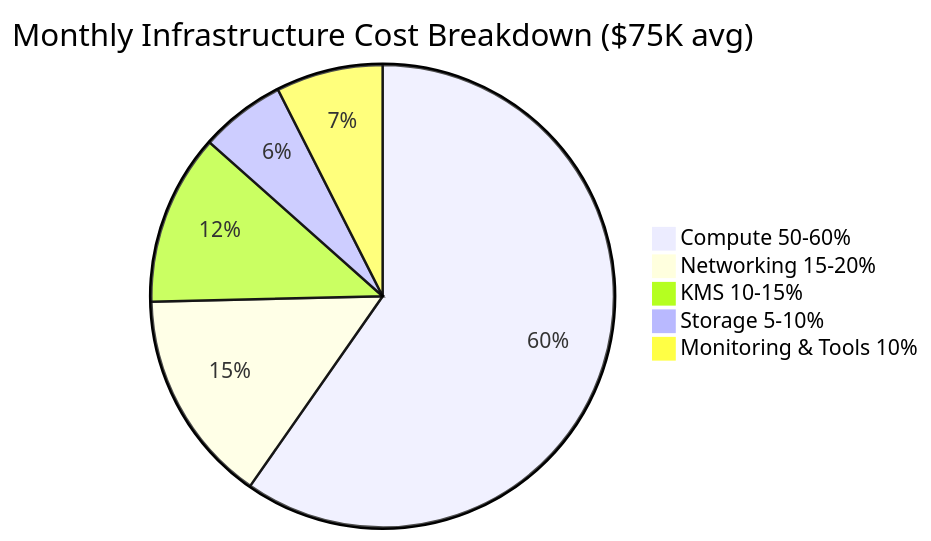
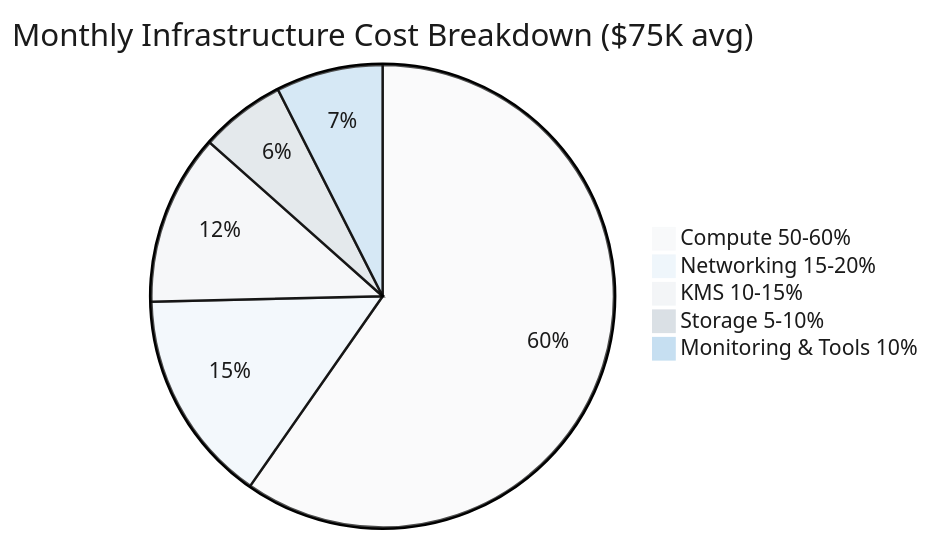
One commit to ljg-cqu/knowledge changed diagram 15 of 23 in Workplace/Interview/Blockchain/Posts/MPCWalletEngineer/Architecture/DeepSeekR1_Revised.md. Above: the diagram before and after it, drawn with Mermaid. The commit also changed other lines of this file and 13 other files, not shown here.

Commit message:
Enhance visual consistency and readability of diagrams in ZencoderAuto+_Revised.md by updating theme variables and styles across all mermaid charts. Adjust colors for improved contrast and clarity, ensuring a cohesive design throughout the document.

````diff
--- a/Workplace/Interview/Blockchain/Posts/MPCWalletEngineer/Architecture/DeepSeekR1_Revised.md
+++ b/Workplace/Interview/Blockchain/Posts/MPCWalletEngineer/Architecture/DeepSeekR1_Revised.md
@@ -836,8 +1013,18 @@
 ```mermaid
+%%{init: {
+  "theme": "base",
+  "themeVariables": {
+    "primaryColor": "#f8f9fa",
+    "primaryTextColor": "#1a1a1a",
+    "primaryBorderColor": "#7a8591",
+    "secondaryColor": "#eff6fb",
+    "tertiaryColor": "#f3f5f7"
+  }
+}}%%
 pie title Monthly Infrastructure Cost Breakdown ($75K avg)
     "Compute 50-60%" : 40
     "Networking 15-20%" : 10
     "KMS 10-15%" : 8
     "Storage 5-10%" : 4
     "Monitoring & Tools 10%" : 5
 ```
````
